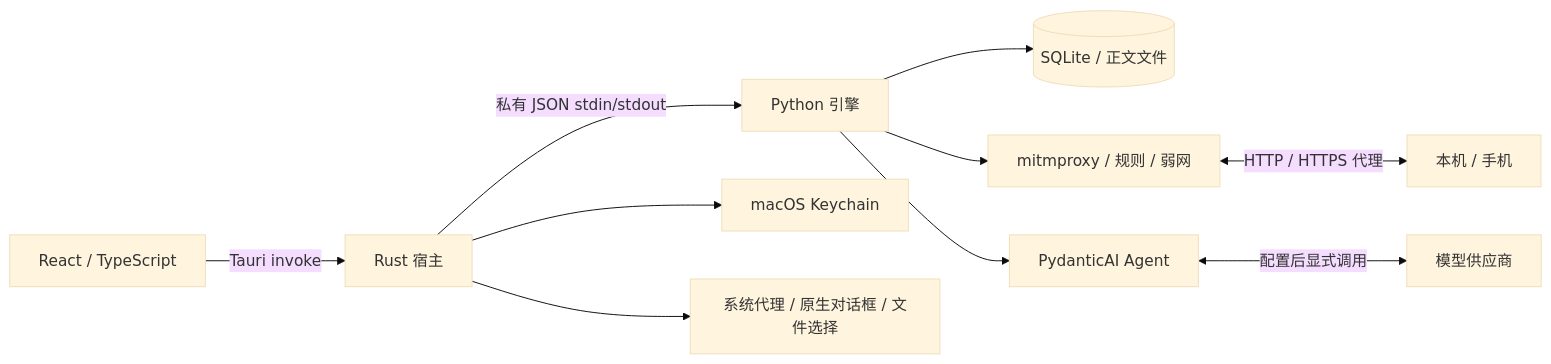
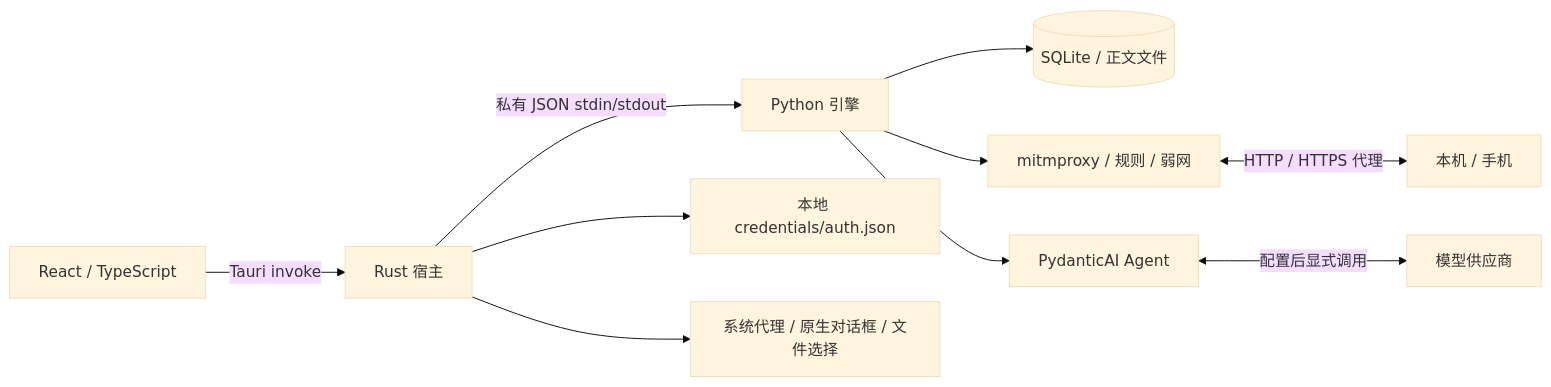
One commit to STEVE-DENG/ai-proxy changed the diagram in docs/architecture.md. Above: the diagram before and after it, drawn with Mermaid (base theme). The commit also changed other lines of this file and 103 other files, not shown here.

````diff
--- a/docs/architecture.md
+++ b/docs/architecture.md
@@ -7,12 +9,12 @@
 ```mermaid
 flowchart LR
   UI[React / TypeScript] -->|Tauri invoke| Host[Rust 宿主]
   Host -->|私有 JSON stdin/stdout| Engine[Python 引擎]
   Engine --> DB[(SQLite / 正文文件)]
   Engine --> Capture[mitmproxy / 规则 / 弱网]
   Capture <-->|HTTP / HTTPS 代理| Devices[本机 / 手机]
   Engine --> Agent[PydanticAI Agent]
   Agent <-->|配置后显式调用| Provider[模型供应商]
-  Host --> Keychain[macOS Keychain]
+  Host --> Credentials[本地 credentials/auth.json]
   Host --> OS[系统代理 / 原生对话框 / 文件选择]
 ```
````
